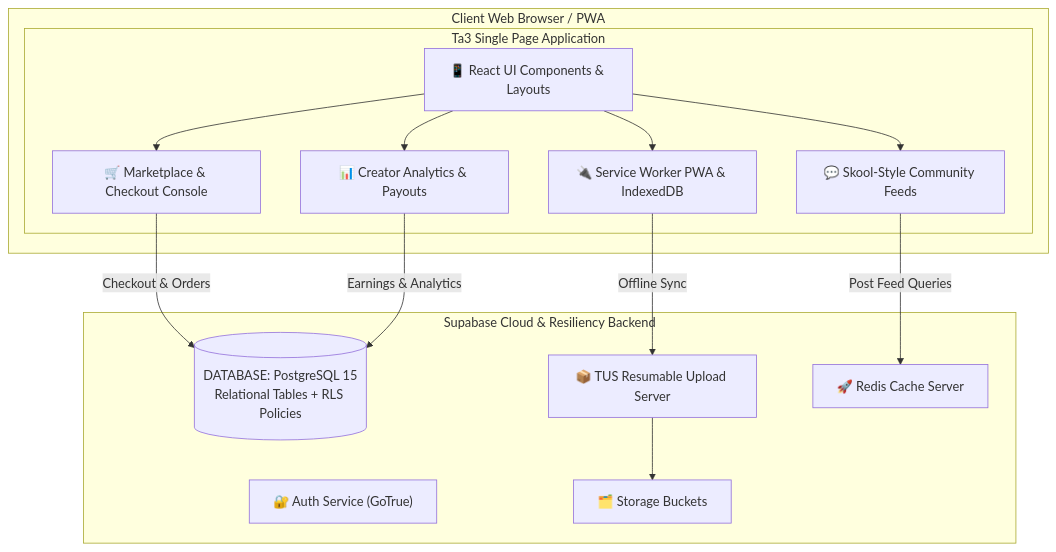
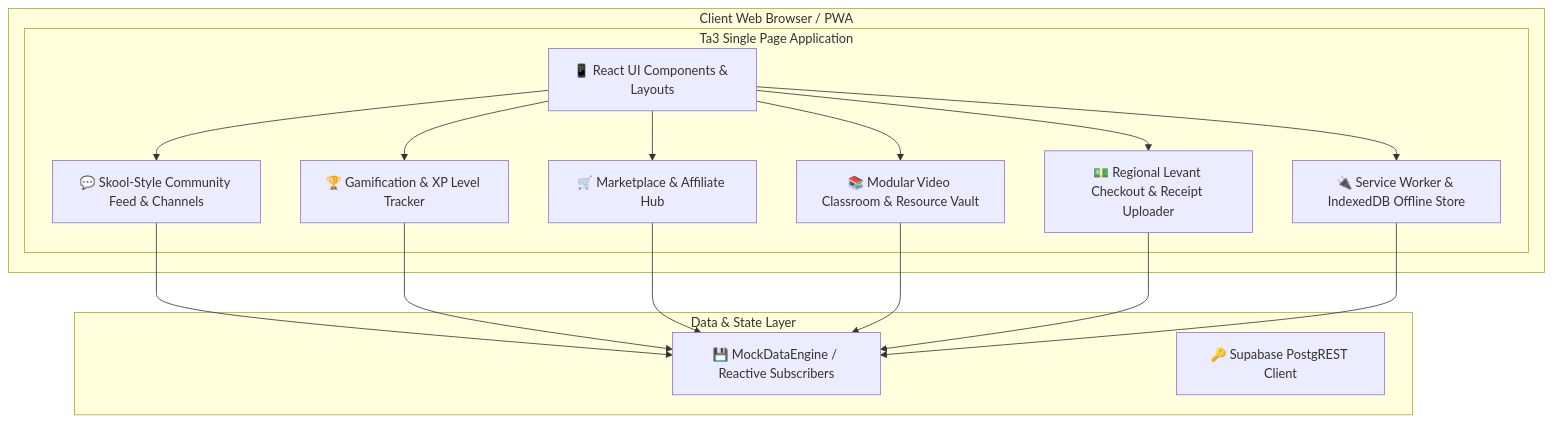
One commit to ta3allam/ta3 changed the second of 3 diagrams in arch.md. Above: the diagram before and after it, drawn with Mermaid. The commit also changed other lines of this file and 3 other files, not shown here.

Commit message:
docs(all): synchronize architecture, ERD, components, and README with Day 1 Skool community milestone

````diff
--- a/arch.md
+++ b/arch.md
@@ -50,31 +48,33 @@
 ```mermaid
 graph TD
     subgraph Browser [" Client Web Browser / PWA "]
         subgraph FrontendSPA [" Ta3 Single Page Application "]
             UI["📱 React UI Components & Layouts"]
-            MarketplaceUI["🛒 Marketplace & Checkout Console"]
-            CommunityUI["💬 Skool-Style Community Feeds"]
-            CreatorUI["📊 Creator Analytics & Payouts"]
-            PWAEngine["🔌 Service Worker PWA & IndexedDB"]
+            CommunityUI["💬 Skool-Style Community Feed & Channels"]
+            LeaderboardUI["🏆 Gamification & XP Level Tracker"]
+            MarketplaceUI["🛒 Marketplace & Affiliate Hub"]
+            ClassroomUI["📚 Modular Video Classroom & Resource Vault"]
+            PaymentUI["💵 Regional Levant Checkout & Receipt Uploader"]
+            PWAEngine["🔌 Service Worker & IndexedDB Offline Store"]
         end
     end
 
-    subgraph Backend [" Supabase Cloud & Resiliency Backend "]
-        AuthSvc["🔐 Auth Service (GoTrue)"]
-        PostgresDB[("DATABASE: PostgreSQL 15<br/>Relational Tables + RLS Policies")]
-        StorageBuckets["🗂️ Storage Buckets"]
-        TUSUpload["📦 TUS Resumable Upload Server"]
-        RedisServer["🚀 Redis Cache Server"]
+    subgraph Storage [" Data & State Layer "]
+        LocalState["💾 MockDataEngine / Reactive Subscribers"]
+        SupabaseClient["🔑 Supabase PostgREST Client"]
     end
 
+    UI --> CommunityUI
+    UI --> LeaderboardUI
     UI --> MarketplaceUI
-    UI --> CommunityUI
-    UI --> CreatorUI
+    UI --> ClassroomUI
+    UI --> PaymentUI
     UI --> PWAEngine
 
-    MarketplaceUI -->|Checkout & Orders| PostgresDB
-    CommunityUI -->|Post Feed Queries| RedisServer
-    CreatorUI -->|Earnings & Analytics| PostgresDB
-    PWAEngine -->|Offline Sync| TUSUpload
-    TUSUpload --> StorageBuckets
+    CommunityUI --> LocalState
+    LeaderboardUI --> LocalState
+    MarketplaceUI --> LocalState
+    ClassroomUI --> LocalState
+    PaymentUI --> LocalState
+    PWAEngine --> LocalState
 ```
````
